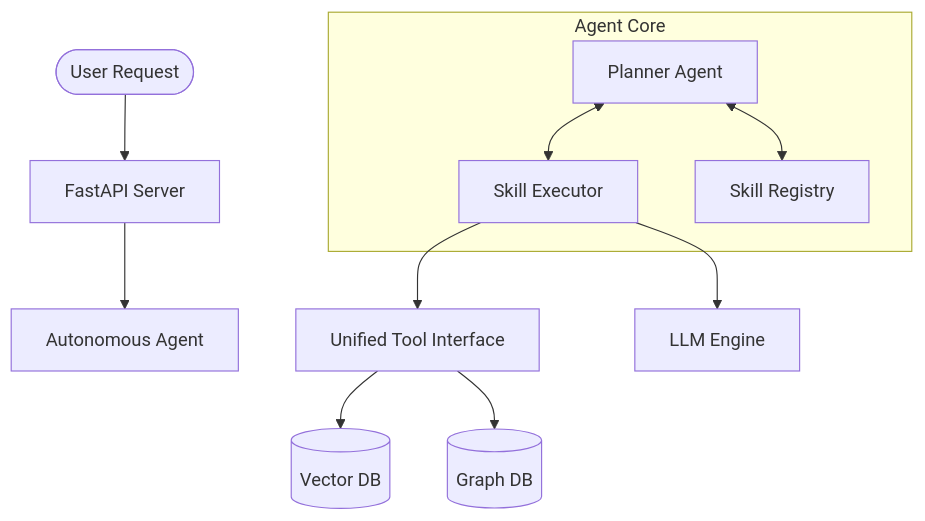
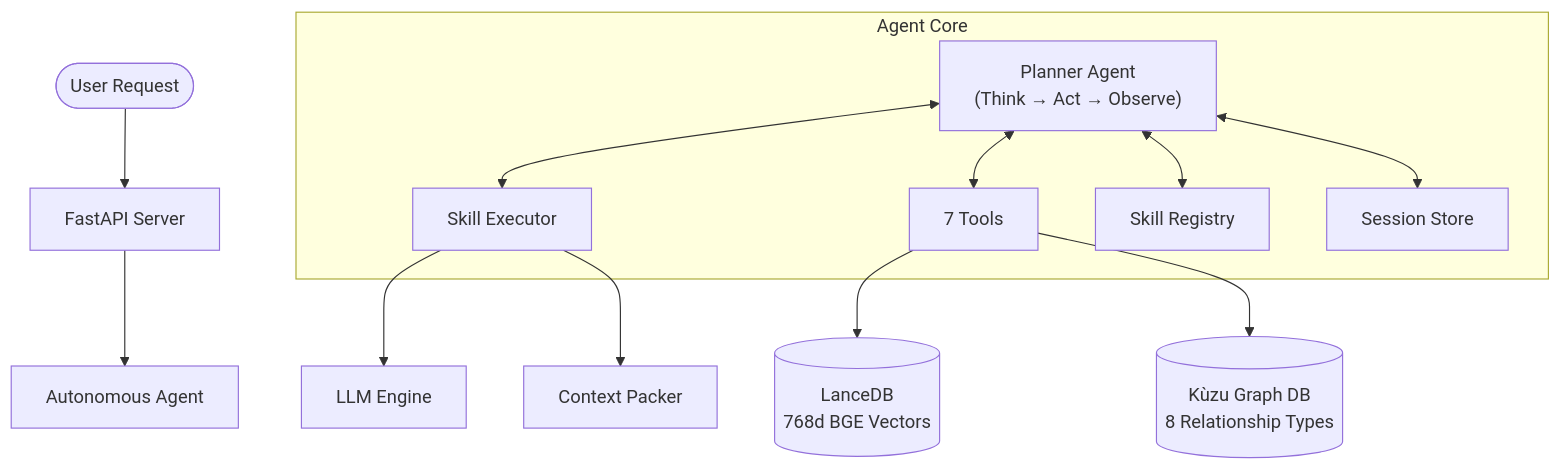
One commit to roshinpv1/cmind changed the second of 2 diagrams in README.md. Above: the diagram before and after it, drawn with Mermaid. The commit also changed other lines of this file and 21 other files, not shown here.

````diff
--- a/README.md
+++ b/README.md
@@ -106,16 +368,18 @@
 ```mermaid
 graph TD
     User([User Request]) --> API[FastAPI Server]
     API --> Agent[Autonomous Agent]
     
     subgraph "Agent Core"
-        Planner[Planner Agent] <--> Executor[Skill Executor]
+        Planner["Planner Agent<br/>(Think → Act → Observe)"] <--> Executor[Skill Executor]
+        Planner <--> Tools["7 Tools"]
         Planner <--> Registry[Skill Registry]
+        Planner <--> Memory[Session Store]
     end
     
-    Executor --> Tools[Unified Tool Interface]
-    Tools --> LanceDB[(Vector DB)]
-    Tools --> Kuzu[(Graph DB)]
+    Tools --> LanceDB[("LanceDB<br/>768d BGE Vectors")]
+    Tools --> Kuzu[("Kùzu Graph DB<br/>8 Relationship Types")]
     
     Executor --> LLM[LLM Engine]
+    Executor --> Packer[Context Packer]
 ```
````
